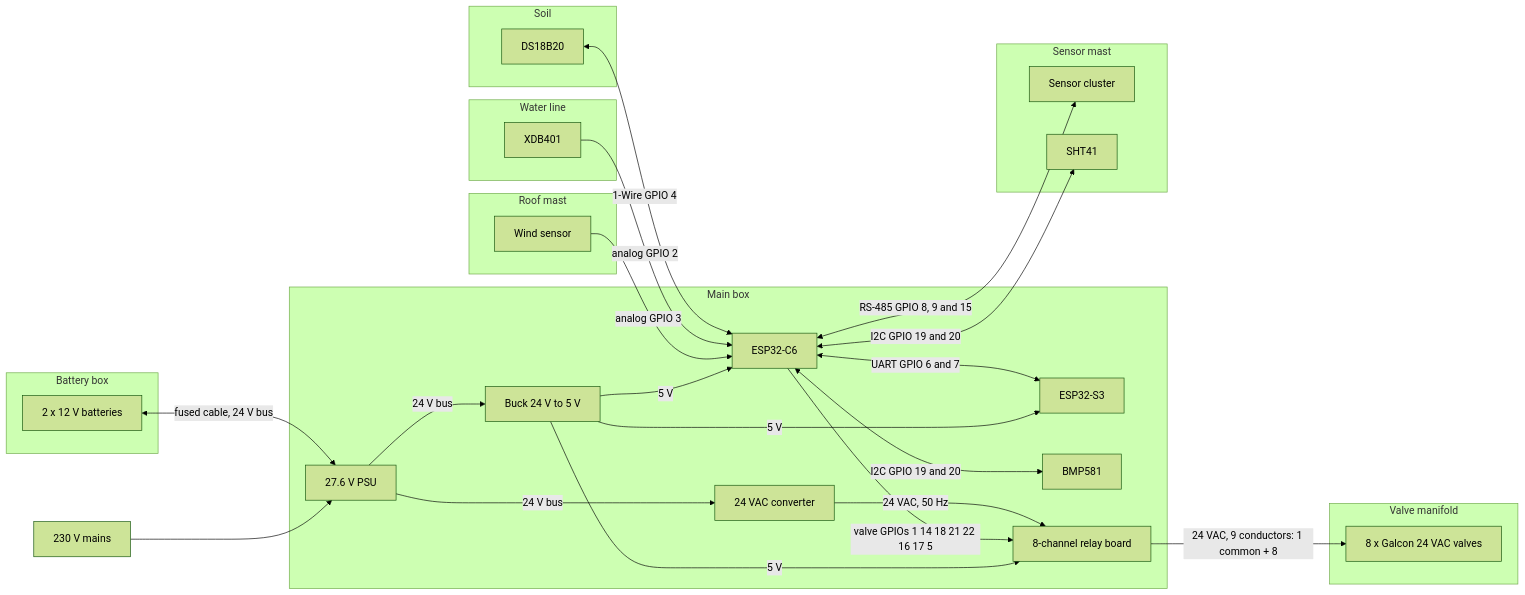
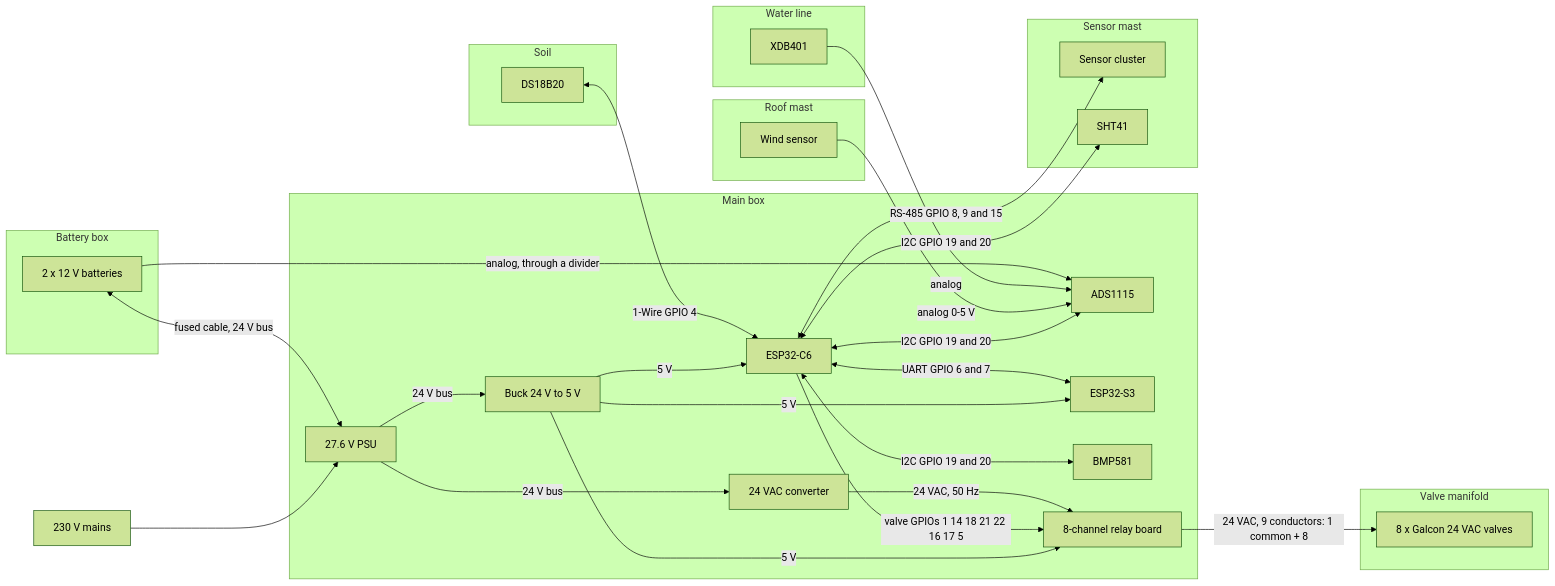
Before and after one commit to yuvalkuck/smart-irrigate: the fifth of 5 diagrams in README.md, drawn with Mermaid (forest theme). The commit also changed other lines of this file, not shown here.

Commit message:
add something to replace the c6 noisy ADS

````diff
--- a/README.md
+++ b/README.md
@@ -249,57 +250,60 @@
 ```mermaid
 graph LR
     MAINS[230 V mains]
 
     subgraph MAIN["Main box"]
         PSU[27.6 V PSU]
+        ADS[ADS1115]
         BUCK5[Buck 24 V to 5 V]
         CONV[24 VAC converter]
         C6[ESP32-C6]
         S3[ESP32-S3]
         BMP[BMP581]
         RELAY[8-channel relay board]
     end
 
     subgraph BATBOX["Battery box"]
         BAT[2 x 12 V batteries]
     end
 
     subgraph MAST["Sensor mast"]
         CLUSTER[Sensor cluster]
         SHT[SHT41]
     end
 
     subgraph ROOF["Roof mast"]
         WIND[Wind sensor]
     end
 
     subgraph SOIL["Soil"]
         DS[DS18B20]
     end
 
     subgraph PIPE["Water line"]
         XDB[XDB401]
     end
 
     subgraph MANIFOLD["Valve manifold"]
         VALVES[8 x Galcon 24 VAC valves]
     end
 
     MAINS --> PSU
     PSU -- 24 V bus --> BUCK5
     PSU -- 24 V bus --> CONV
     BAT <-- "fused cable, 24 V bus" --> PSU
     BUCK5 -- 5 V --> C6
     BUCK5 -- 5 V --> S3
     BUCK5 -- 5 V --> RELAY
     C6 <-- "UART GPIO 6 and 7" --> S3
     C6 <-- "I2C GPIO 19 and 20" --> BMP
     C6 <-- "RS-485 GPIO 8, 9 and 15" --> CLUSTER
     C6 <-- "I2C GPIO 19 and 20" --> SHT
-    WIND -- "analog GPIO 3" --> C6
-    XDB -- "analog GPIO 2" --> C6
+    C6 <-- "I2C GPIO 19 and 20" --> ADS
+    WIND -- "analog 0-5 V" --> ADS
+    XDB -- "analog" --> ADS
+    BAT -- "analog, through a divider" --> ADS
     DS <-- "1-Wire GPIO 4" --> C6
     C6 -- "valve GPIOs 1 14 18 21 22 16 17 5" --> RELAY
     CONV -- "24 VAC, 50 Hz" --> RELAY
     RELAY -- "24 VAC, 9 conductors: 1 common + 8" --> VALVES
 ```
````
